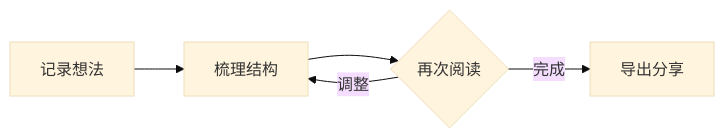
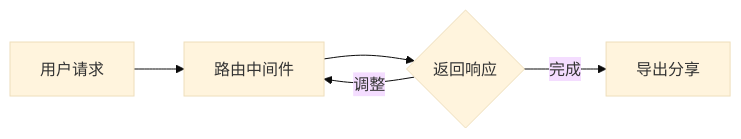
Before and after one commit to dotnet9/Vex: the first of 22 diagrams in docs/演示文档/Mermaid 图表图鉴.md, drawn with Mermaid (base theme). The commit also changed other lines of this file and 11 other files, not shown here.

````diff
--- a/docs/演示文档/Mermaid 图表图鉴.md
+++ b/docs/演示文档/Mermaid 图表图鉴.md
@@ -5,7 +13,7 @@
 ```mermaid
 flowchart LR
-  A[记录想法] --> B[梳理结构]
-  B --> C{再次阅读}
+  A[用户请求] --> B[路由中间件]
+  B --> C{返回响应}
   C -->|调整| B
   C -->|完成| D[导出分享]
 ```
````
